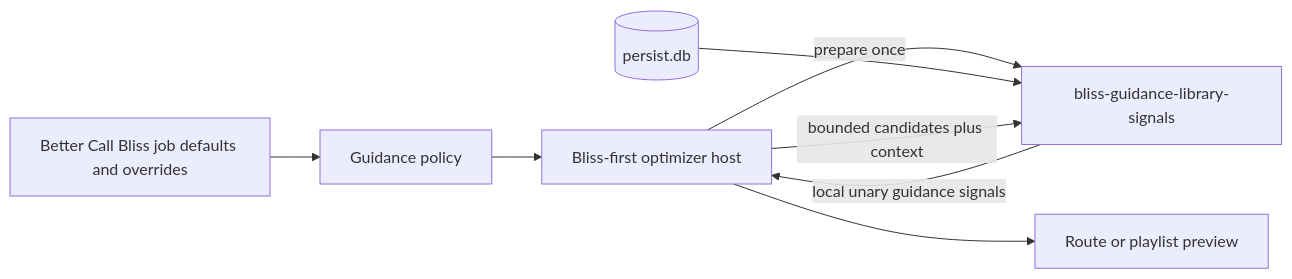
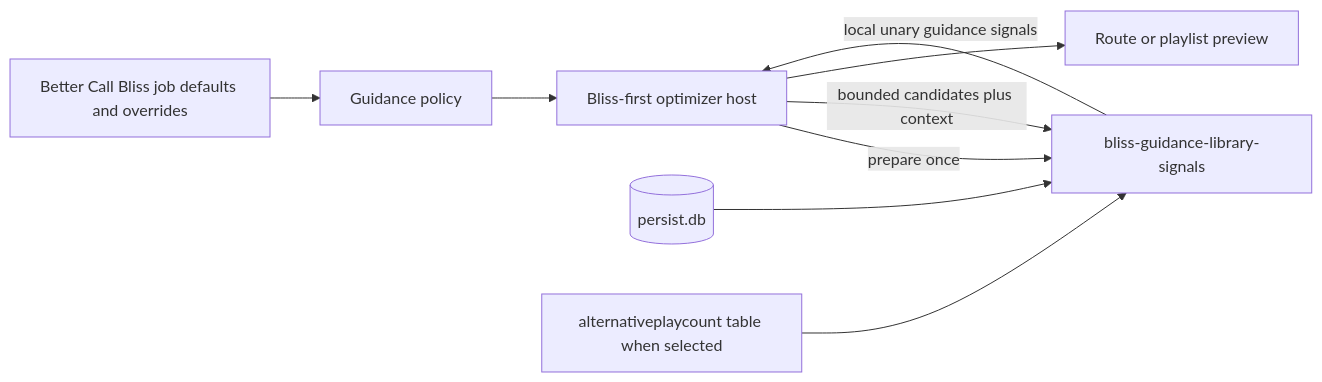
Before and after one commit to chrober/bliss-similarity-design: the diagram in LOCAL_LIBRARY_GUIDANCE_PLAN.md, drawn with Mermaid. The commit also changed other lines of this file and 6 other files, not shown here.

````diff
--- a/LOCAL_LIBRARY_GUIDANCE_PLAN.md
+++ b/LOCAL_LIBRARY_GUIDANCE_PLAN.md
@@ -87,10 +95,11 @@
 ```mermaid
 flowchart LR
     B[Better Call Bliss job defaults and overrides] --> P[Guidance policy]
     P --> O[Bliss-first optimizer host]
     O -->|prepare once| G[bliss-guidance-library-signals]
     L[(persist.db)] --> G
+    A[alternativeplaycount table when selected] --> G
     O -->|bounded candidates plus context| G
     G -->|local unary guidance signals| O
     O --> R[Route or playlist preview]
 ```
````
